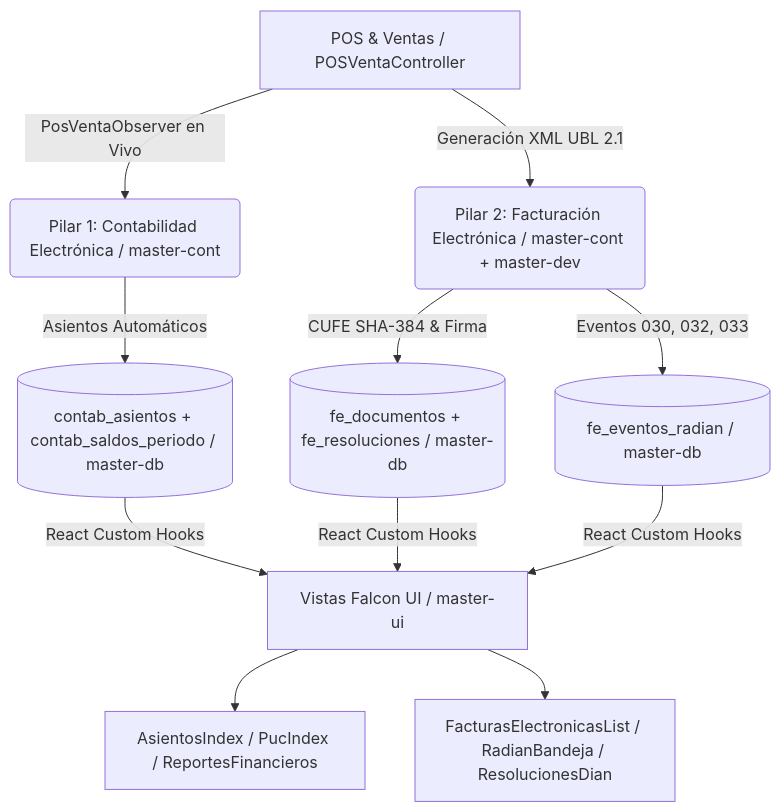
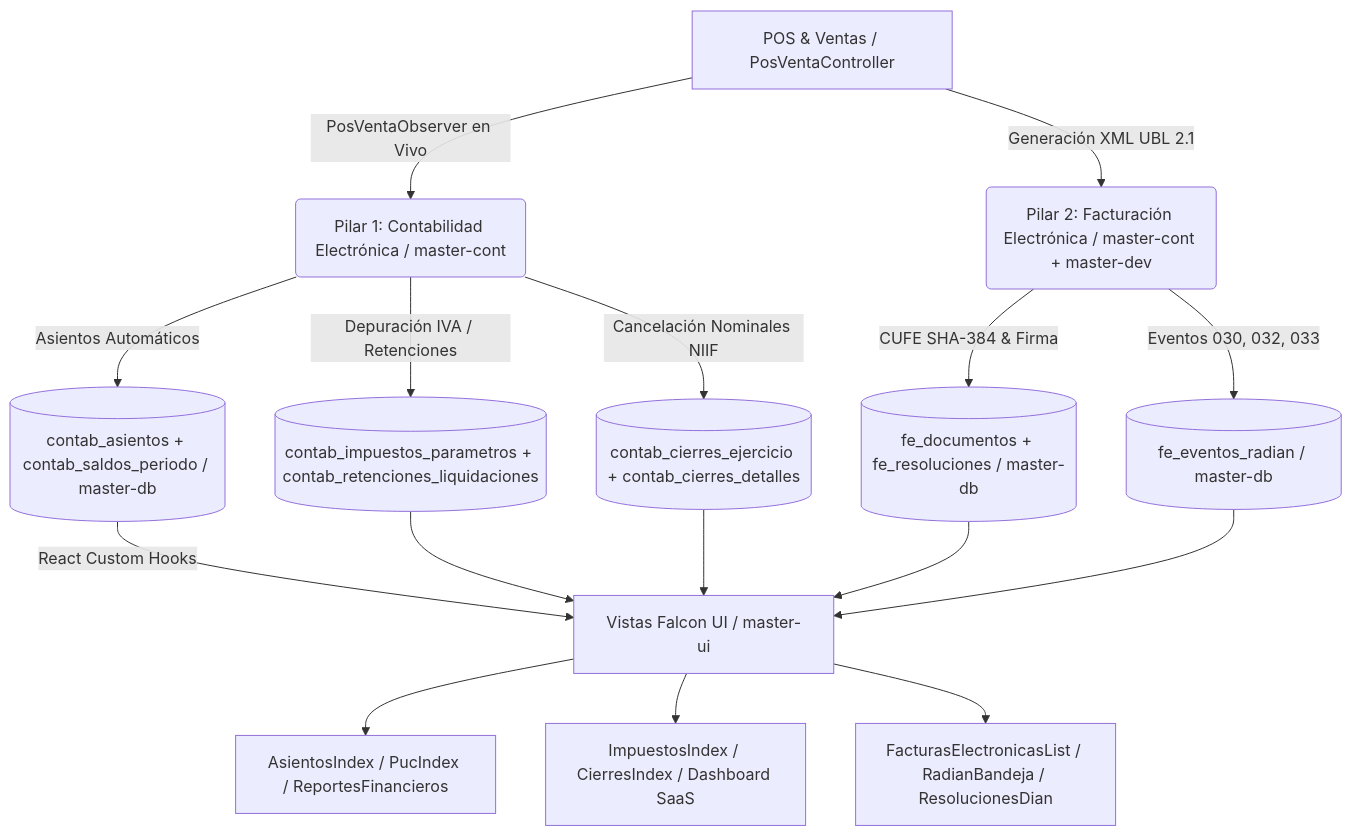
One commit to mindsoftia/mindsoftia changed the diagram in DOCUMENTACION/ROADMAP-DEV/reportes/2026-07_Julio/reporte_2026_07_22.md. Above: the diagram before and after it, drawn with Mermaid. The commit also changed other lines of this file and 15 other files, not shown here.

Commit message:
feat(contabilidad): pilar 1 completo - impuestos, retenciones art. 381, cierres contables niif y refactor ui/ux falcon

````diff
--- a/DOCUMENTACION/ROADMAP-DEV/reportes/2026-07_Julio/reporte_2026_07_22.md
+++ b/DOCUMENTACION/ROADMAP-DEV/reportes/2026-07_Julio/reporte_2026_07_22.md
@@ -17,16 +17,22 @@
 ```mermaid
 graph TD
-    A[POS & Ventas / POSVentaController] -->|PosVentaObserver en Vivo| B(Pilar 1: Contabilidad Electrónica / master-cont)
+    A[POS & Ventas / PosVentaController] -->|PosVentaObserver en Vivo| B(Pilar 1: Contabilidad Electrónica / master-cont)
     A -->|Generación XML UBL 2.1| C(Pilar 2: Facturación Electrónica / master-cont + master-dev)
     
     B -->|Asientos Automáticos| D[(contab_asientos + contab_saldos_periodo / master-db)]
+    B -->|Depuración IVA / Retenciones| D2[(contab_impuestos_parametros + contab_retenciones_liquidaciones)]
+    B -->|Cancelación Nominales NIIF| D3[(contab_cierres_ejercicio + contab_cierres_detalles)]
+    
     C -->|CUFE SHA-384 & Firma| E[(fe_documentos + fe_resoluciones / master-db)]
     C -->|Eventos 030, 032, 033| F[(fe_eventos_radian / master-db)]
     
     D -->|React Custom Hooks| G[Vistas Falcon UI / master-ui]
-    E -->|React Custom Hooks| G
-    F -->|React Custom Hooks| G
+    D2 --> G
+    D3 --> G
+    E --> G
+    F --> G
     
     G --> H[AsientosIndex / PucIndex / ReportesFinancieros]
-    G --> I[FacturasElectronicasList / RadianBandeja / ResolucionesDian]
+    G --> I[ImpuestosIndex / CierresIndex / Dashboard SaaS]
+    G --> J[FacturasElectronicasList / RadianBandeja / ResolucionesDian]
 ```
````
